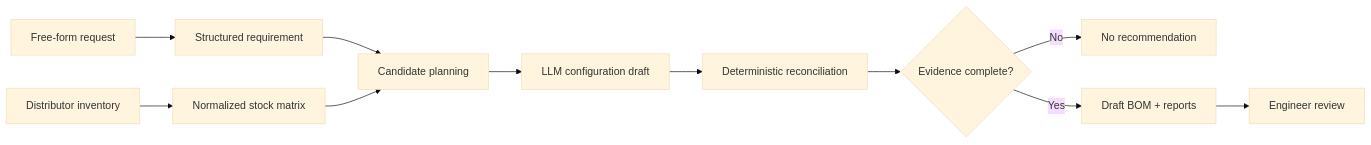
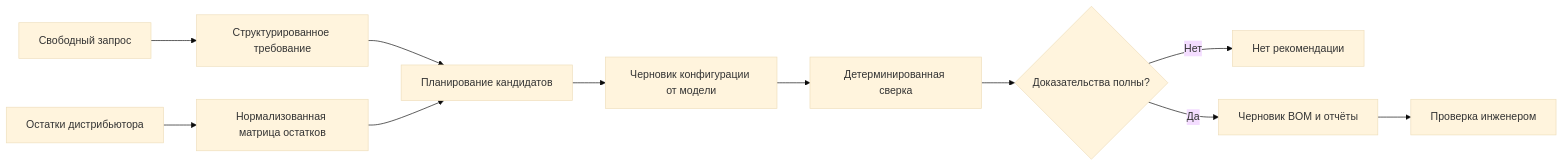
Before and after one commit to pavel-logachev/stock-configurator: the diagram in README.md, drawn with Mermaid (base theme). The commit also changed other lines of this file and 10 other files, not shown here.

First line of the commit message:
Документация и схемы на русском (#6)

````diff
--- a/README.md
+++ b/README.md
@@ -83,13 +83,13 @@
 ```mermaid
 flowchart LR
-    A[Free-form request] --> B[Structured requirement]
-    C[Distributor inventory] --> D[Normalized stock matrix]
-    B --> E[Candidate planning]
+    A[Свободный запрос] --> B[Структурированное требование]
+    C[Остатки дистрибьютора] --> D[Нормализованная матрица остатков]
+    B --> E[Планирование кандидатов]
     D --> E
-    E --> F[LLM configuration draft]
-    F --> G[Deterministic reconciliation]
-    G --> H{Evidence complete?}
-    H -->|No| I[No recommendation]
-    H -->|Yes| J[Draft BOM + reports]
-    J --> K[Engineer review]
+    E --> F[Черновик конфигурации от модели]
+    F --> G[Детерминированная сверка]
+    G --> H{Доказательства полны?}
+    H -->|Нет| I[Нет рекомендации]
+    H -->|Да| J[Черновик BOM и отчёты]
+    J --> K[Проверка инженером]
 ```
````
